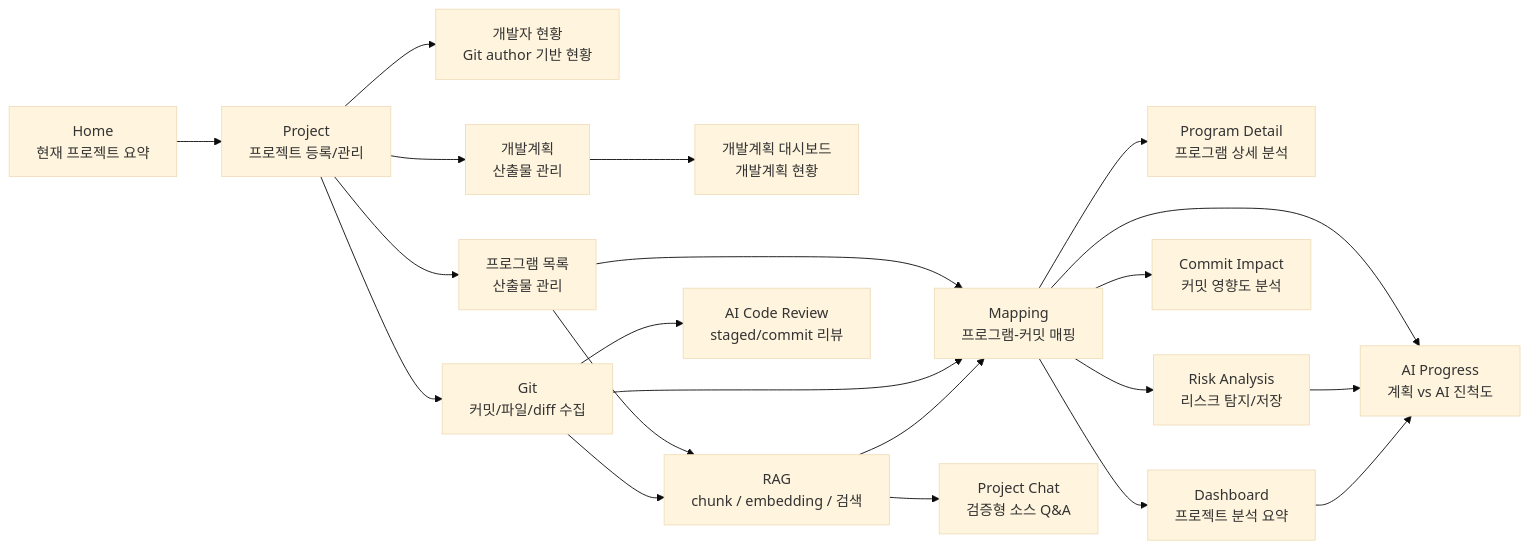
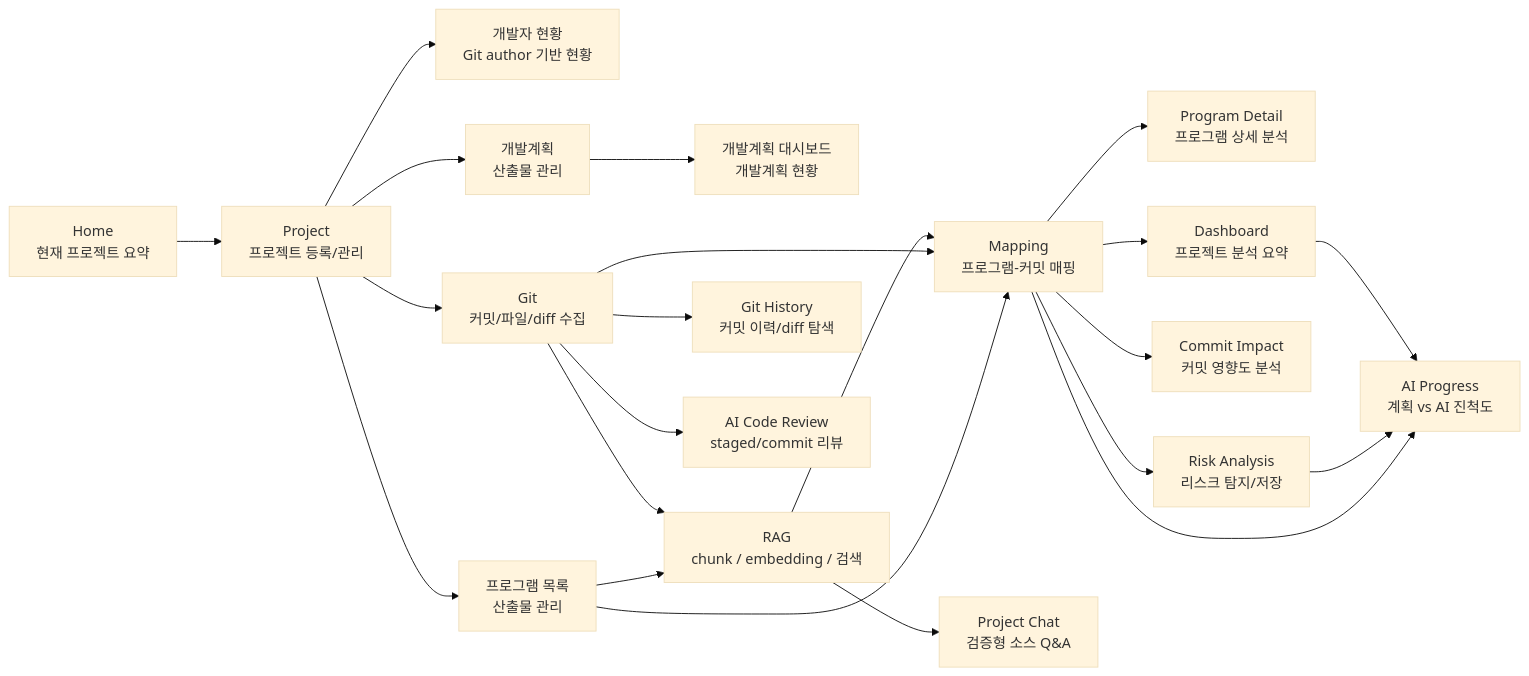
The second of 8 diagrams in docs/architecture.md (ino5/ai-commit-advisor-26), drawn with Mermaid (base theme) before and after one commit. The commit also changed other lines of this file and 8 other files, not shown here.

Commit message:
Add Git History viewer

````diff
--- a/docs/architecture.md
+++ b/docs/architecture.md
@@ -75,23 +77,24 @@
 ```mermaid
 flowchart LR
     Home["Home<br/>현재 프로젝트 요약"] --> Project["Project<br/>프로젝트 등록/관리"]
     Project --> Developer["개발자 현황<br/>Git author 기반 현황"]
     Project --> Program["프로그램 목록<br/>산출물 관리"]
     Project --> PlanUpload["개발계획<br/>산출물 관리"]
     Project --> Git["Git<br/>커밋/파일/diff 수집"]
     Program --> Mapping["Mapping<br/>프로그램-커밋 매핑"]
     PlanUpload --> PlanningDashboard["개발계획 대시보드<br/>개발계획 현황"]
     Git --> Mapping
     Program --> RAG["RAG<br/>chunk / embedding / 검색"]
     Git --> RAG
     RAG --> Mapping
     RAG --> ProjectChat["Project Chat<br/>검증형 소스 Q&A"]
     Mapping --> ProgramDetail["Program Detail<br/>프로그램 상세 분석"]
+    Git --> GitHistory["Git History<br/>커밋 이력/diff 탐색"]
     Mapping --> Risk["Risk Analysis<br/>리스크 탐지/저장"]
     Mapping --> Impact["Commit Impact<br/>커밋 영향도 분석"]
     Git --> CodeReview["AI Code Review<br/>staged/commit 리뷰"]
     Mapping --> Dashboard["Dashboard<br/>프로젝트 분석 요약"]
     Mapping --> AIProgress["AI Progress<br/>계획 vs AI 진척도"]
     Risk --> AIProgress
     Dashboard --> AIProgress
 ```
````
